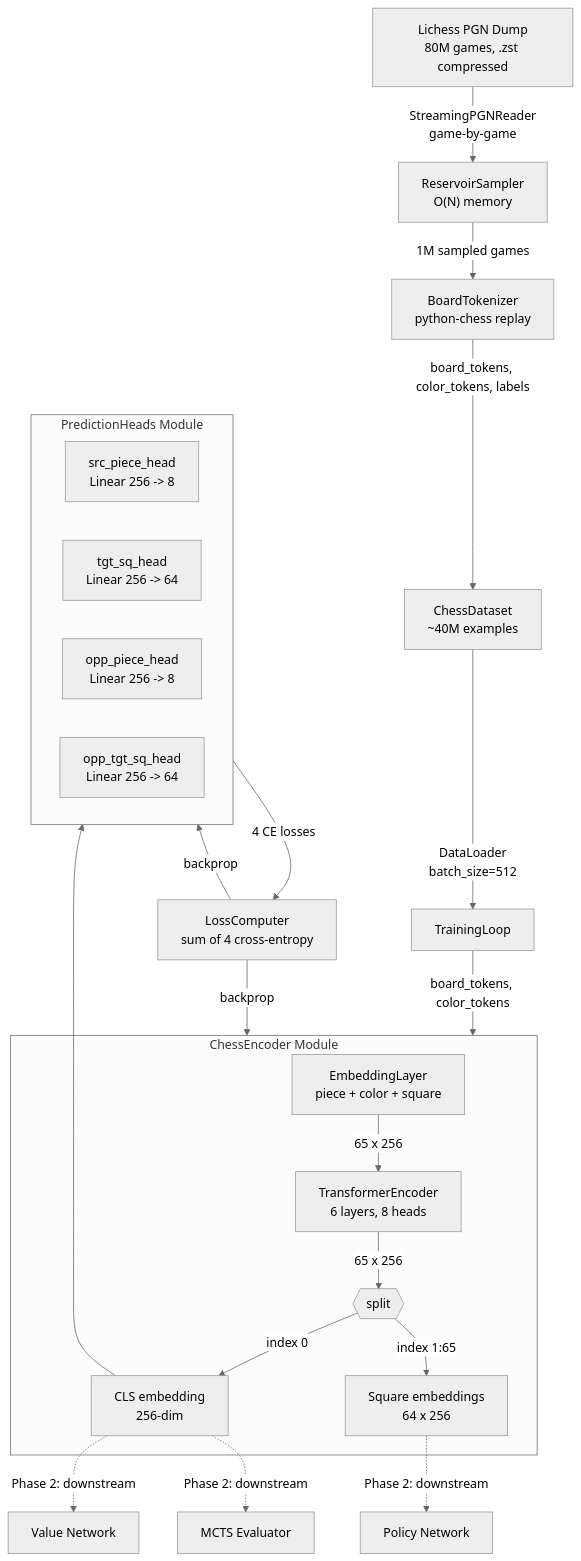
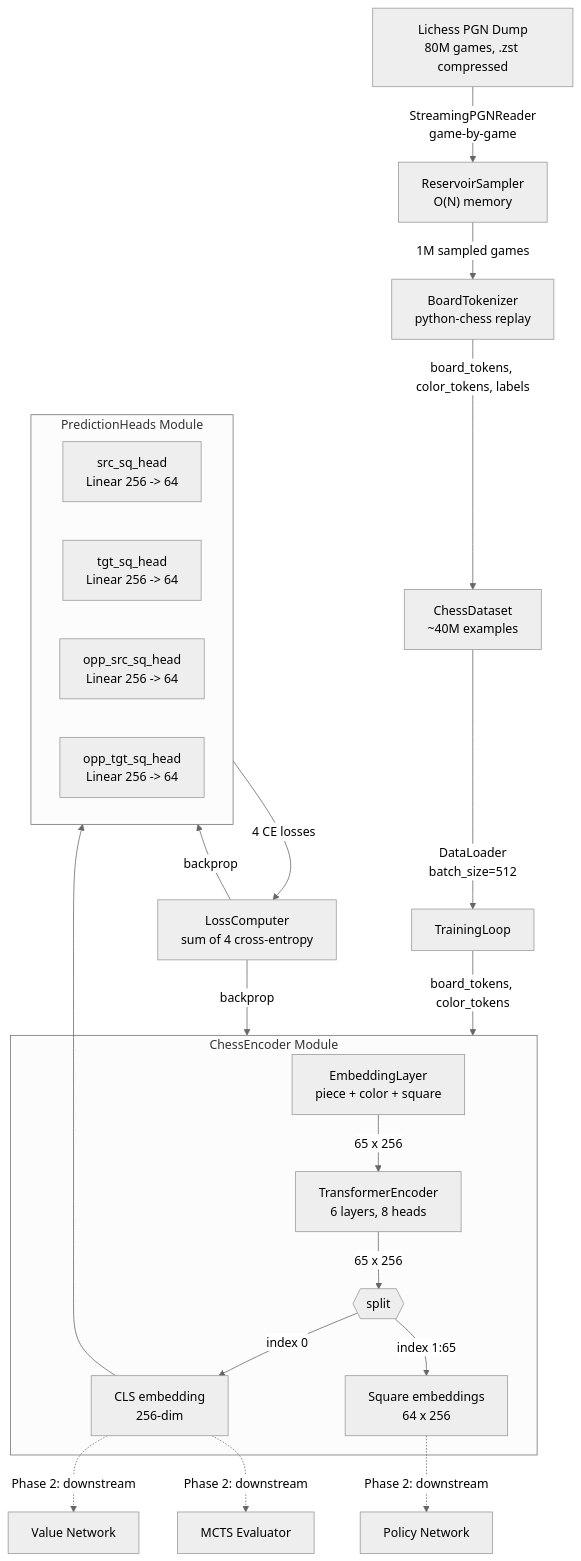
The first of 6 diagrams in chess_encoder_final_design.md (sombersomni/chess-policy-agent), drawn with Mermaid (neutral theme) before and after one commit. The commit also changed other lines of this file, not shown here.

First line of the commit message:
Replace piece-type heads with space-only prediction heads

````diff
--- a/chess_encoder_final_design.md
+++ b/chess_encoder_final_design.md
@@ -30,33 +30,33 @@
 ```mermaid
 flowchart TD
     PGN["Lichess PGN Dump<br/>80M games, .zst compressed"] -->|"StreamingPGNReader<br/>game-by-game"| RS["ReservoirSampler<br/>O(N) memory"]
     RS -->|"1M sampled games"| REPLAY["BoardTokenizer<br/>python-chess replay"]
     REPLAY -->|"board_tokens, color_tokens, labels"| DS["ChessDataset<br/>~40M examples"]
     DS -->|"DataLoader<br/>batch_size=512"| TRAIN["TrainingLoop"]
 
     subgraph ENCODER["ChessEncoder Module"]
         EMB["EmbeddingLayer<br/>piece + color + square"] -->|"65 x 256"| TF["TransformerEncoder<br/>6 layers, 8 heads"]
         TF -->|"65 x 256"| SPLIT{{"split"}}
         SPLIT -->|"index 0"| CLS["CLS embedding<br/>256-dim"]
         SPLIT -->|"index 1:65"| SQ["Square embeddings<br/>64 x 256"]
     end
 
     TRAIN -->|"board_tokens, color_tokens"| ENCODER
 
     CLS --> HEADS["PredictionHeads"]
 
     subgraph HEADS["PredictionHeads Module"]
-        H1["src_piece_head<br/>Linear 256 -> 8"]
+        H1["src_sq_head<br/>Linear 256 -> 64"]
         H2["tgt_sq_head<br/>Linear 256 -> 64"]
-        H3["opp_piece_head<br/>Linear 256 -> 8"]
+        H3["opp_src_sq_head<br/>Linear 256 -> 64"]
         H4["opp_tgt_sq_head<br/>Linear 256 -> 64"]
     end
 
     HEADS -->|"4 CE losses"| LOSS["LossComputer<br/>sum of 4 cross-entropy"]
     LOSS -->|"backprop"| ENCODER
     LOSS -->|"backprop"| HEADS
 
     CLS -.->|"Phase 2: downstream"| VN["Value Network"]
     SQ -.->|"Phase 2: downstream"| PN["Policy Network"]
     CLS -.->|"Phase 2: downstream"| MCTS["MCTS Evaluator"]
 ```
````
